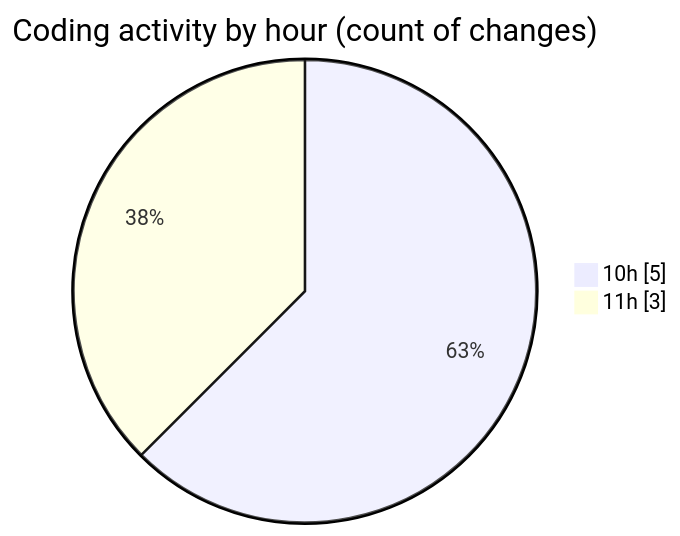
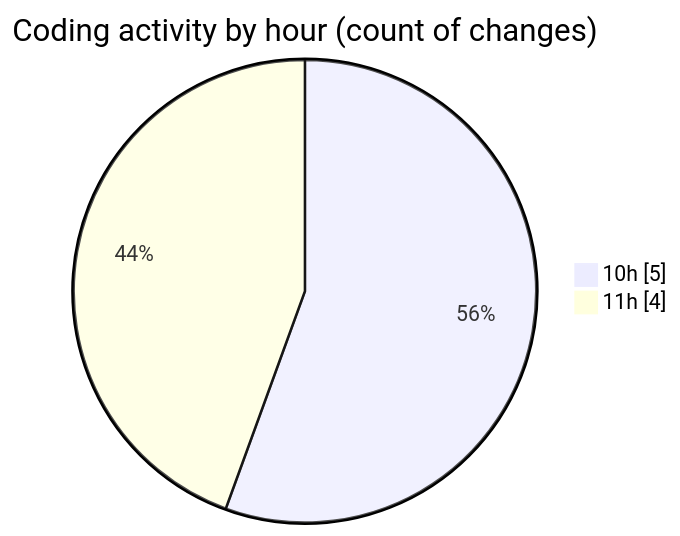
The second of 2 diagrams in 2025-01-29/java/README.md (NitaiMahat/code-tracking), drawn with Mermaid before and after one commit. The commit also changed other lines of this file and 1 other file, not shown here.

````diff
--- a/2025-01-29/java/README.md
+++ b/2025-01-29/java/README.md
@@ -32,6 +32,6 @@
 ```mermaid
 pie showData
 title Coding activity by hour (count of changes)
 "10h" : 5
-"11h" : 3
+"11h" : 4
 ```
````
